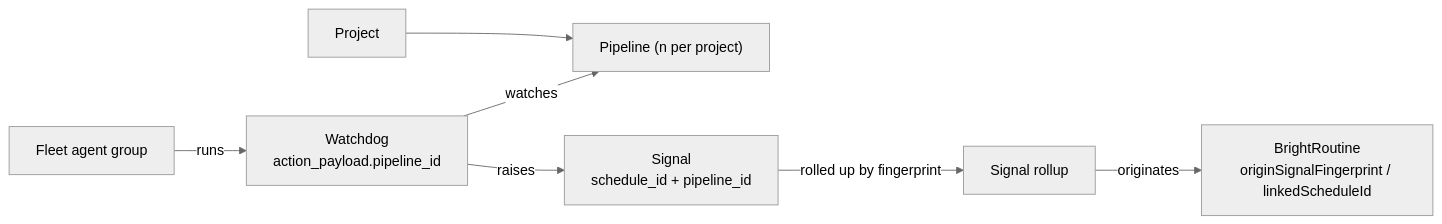
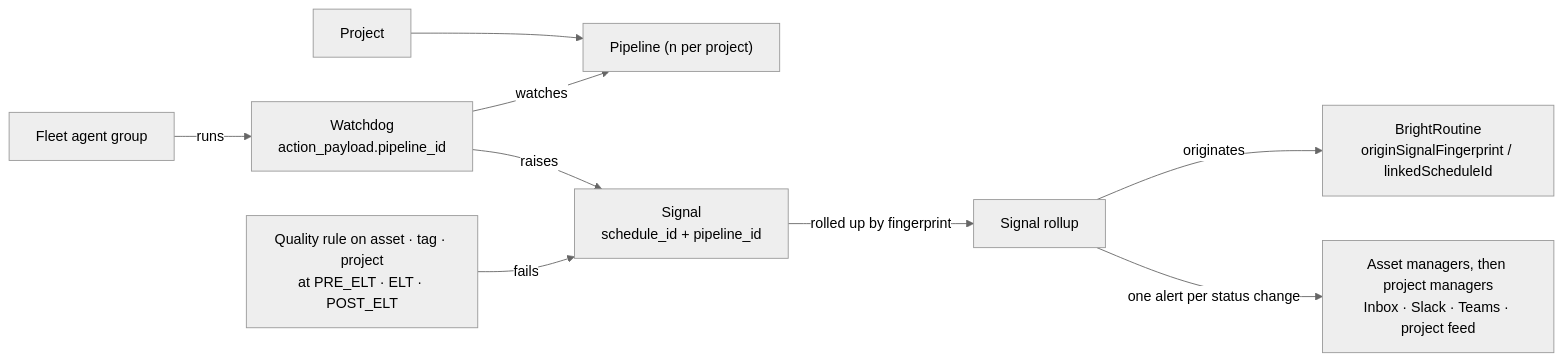
The diagram in docs/specs/projects-at-scale.md (brighthive/agentic-project-mgmt), drawn with Mermaid (neutral theme) before and after one commit. The commit also changed other lines of this file, not shown here.

Commit message:
docs(spec): add asset owners, staged quality rules and alerts (BH-1626)

````diff
--- a/docs/specs/projects-at-scale.md
+++ b/docs/specs/projects-at-scale.md
@@ -53,9 +64,11 @@
 ```mermaid
 flowchart LR
   P["Project"] --> PL["Pipeline (n per project)"]
   F["Fleet agent group"] -- "runs" --> W["Watchdog<br/>action_payload.pipeline_id"]
   W -- "watches" --> PL
   W -- "raises" --> S["Signal<br/>schedule_id + pipeline_id"]
+  Q["Quality rule on asset · tag · project<br/>at PRE_ELT · ELT · POST_ELT"] -- "fails" --> S
   S -- "rolled up by fingerprint" --> R["Signal rollup"]
   R -- "originates" --> RT["BrightRoutine<br/>originSignalFingerprint / linkedScheduleId"]
+  R -- "one alert per status change" --> N["Asset managers, then project managers<br/>Inbox · Slack · Teams · project feed"]
 ```
````
